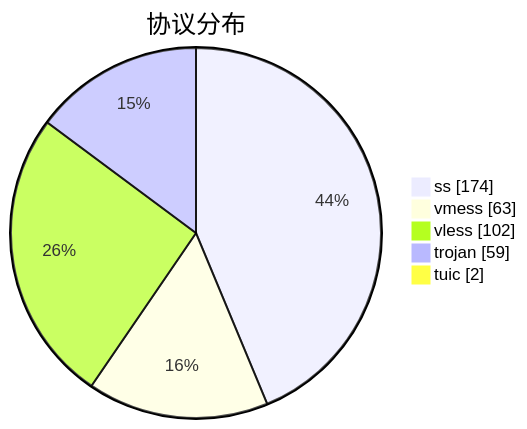
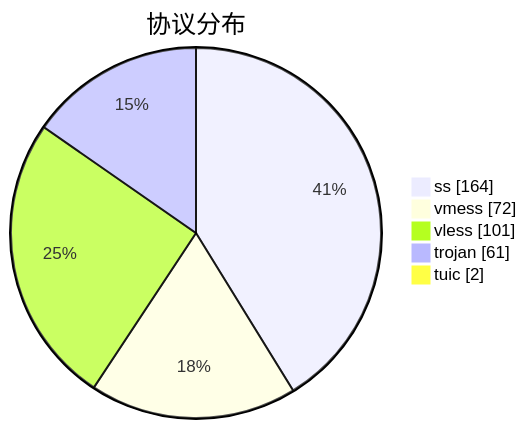
Before and after one commit to qjlxg/airport: the third of 3 diagrams in subs/statistics/tested_within.md, drawn with Mermaid. The commit also changed other lines of this file and 2 other files, not shown here.

````diff
--- a/subs/statistics/tested_within.md
+++ b/subs/statistics/tested_within.md
@@ -37,9 +37,9 @@
 ```mermaid
 pie showData
 title 协议分布
-"ss" : 174
-"vmess" : 63
-"vless" : 102
-"trojan" : 59
+"ss" : 164
+"vmess" : 72
+"vless" : 101
+"trojan" : 61
 "tuic" : 2
 ```
````
